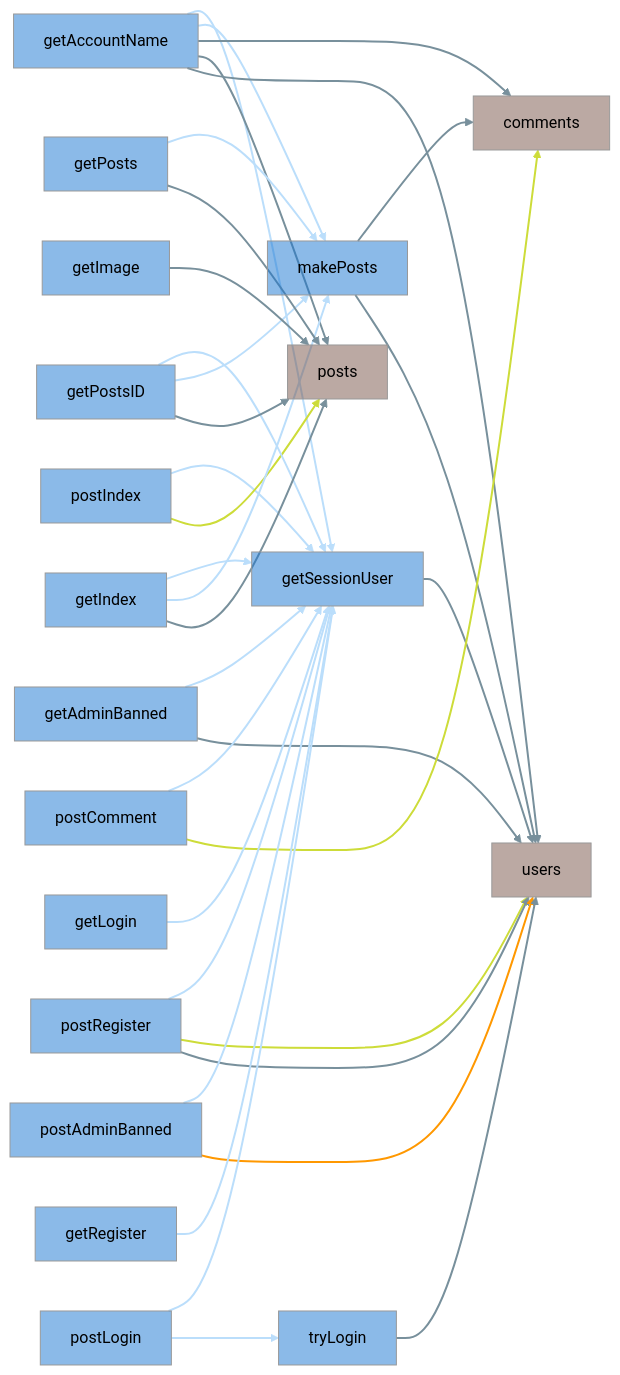
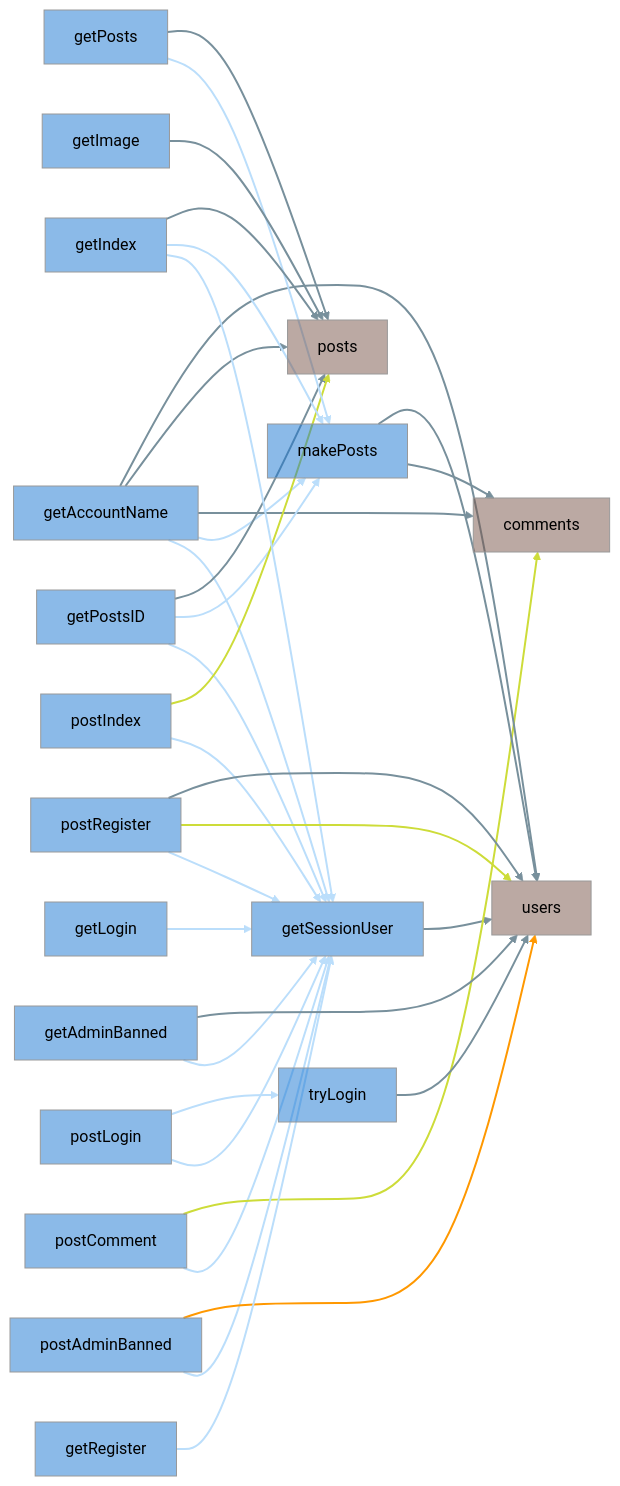
The diagram in docs/sample/dbdoc.md (mazrean/isucrud), drawn with Mermaid (neutral theme) before and after one commit. The commit also changed other lines of this file and 1 other file, not shown here.

Commit message:
色の説明に改行追加

````diff
--- a/docs/sample/dbdoc.md
+++ b/docs/sample/dbdoc.md
@@ -4,42 +5,42 @@
 ```mermaid
 graph LR
   classDef table fill:#795548,fill-opacity:0.5
   classDef func fill:#1976D2,fill-opacity:0.5
-  func:github.com/catatsuy/private-isu/webapp/golang.makePosts[makePosts]:::func --> table:comments[comments]:::table
-  func:github.com/catatsuy/private-isu/webapp/golang.makePosts[makePosts]:::func --> table:users[users]:::table
+  func:github.com/catatsuy/private-isu/webapp/golang.getSessionUser[getSessionUser]:::func --> table:users[users]:::table
+  func:github.com/catatsuy/private-isu/webapp/golang.postComment[postComment]:::func --> func:github.com/catatsuy/private-isu/webapp/golang.getSessionUser[getSessionUser]:::func
+  func:github.com/catatsuy/private-isu/webapp/golang.postComment[postComment]:::func --> table:comments[comments]:::table
   func:github.com/catatsuy/private-isu/webapp/golang.getAccountName[getAccountName]:::func --> func:github.com/catatsuy/private-isu/webapp/golang.getSessionUser[getSessionUser]:::func
   func:github.com/catatsuy/private-isu/webapp/golang.getAccountName[getAccountName]:::func --> func:github.com/catatsuy/private-isu/webapp/golang.makePosts[makePosts]:::func
   func:github.com/catatsuy/private-isu/webapp/golang.getAccountName[getAccountName]:::func --> table:comments[comments]:::table
   func:github.com/catatsuy/private-isu/webapp/golang.getAccountName[getAccountName]:::func --> table:posts[posts]:::table
   func:github.com/catatsuy/private-isu/webapp/golang.getAccountName[getAccountName]:::func --> table:users[users]:::table
-  func:github.com/catatsuy/private-isu/webapp/golang.getAdminBanned[getAdminBanned]:::func --> func:github.com/catatsuy/private-isu/webapp/golang.getSessionUser[getSessionUser]:::func
-  func:github.com/catatsuy/private-isu/webapp/golang.getAdminBanned[getAdminBanned]:::func --> table:users[users]:::table
-  func:github.com/catatsuy/private-isu/webapp/golang.getSessionUser[getSessionUser]:::func --> table:users[users]:::table
-  func:github.com/catatsuy/private-isu/webapp/golang.postIndex[postIndex]:::func --> func:github.com/catatsuy/private-isu/webapp/golang.getSessionUser[getSessionUser]:::func
-  func:github.com/catatsuy/private-isu/webapp/golang.postIndex[postIndex]:::func --> table:posts[posts]:::table
   func:github.com/catatsuy/private-isu/webapp/golang.getPostsID[getPostsID]:::func --> func:github.com/catatsuy/private-isu/webapp/golang.getSessionUser[getSessionUser]:::func
   func:github.com/catatsuy/private-isu/webapp/golang.getPostsID[getPostsID]:::func --> func:github.com/catatsuy/private-isu/webapp/golang.makePosts[makePosts]:::func
   func:github.com/catatsuy/private-isu/webapp/golang.getPostsID[getPostsID]:::func --> table:posts[posts]:::table
-  func:github.com/catatsuy/private-isu/webapp/golang.postComment[postComment]:::func --> func:github.com/catatsuy/private-isu/webapp/golang.getSessionUser[getSessionUser]:::func
-  func:github.com/catatsuy/private-isu/webapp/golang.postComment[postComment]:::func --> table:comments[comments]:::table
+  func:github.com/catatsuy/private-isu/webapp/golang.postAdminBanned[postAdminBanned]:::func --> func:github.com/catatsuy/private-isu/webapp/golang.getSessionUser[getSessionUser]:::func
+  func:github.com/catatsuy/private-isu/webapp/golang.postAdminBanned[postAdminBanned]:::func --> table:users[users]:::table
+  func:github.com/catatsuy/private-isu/webapp/golang.postLogin[postLogin]:::func --> func:github.com/catatsuy/private-isu/webapp/golang.getSessionUser[getSessionUser]:::func
+  func:github.com/catatsuy/private-isu/webapp/golang.postLogin[postLogin]:::func --> func:github.com/catatsuy/private-isu/webapp/golang.tryLogin[tryLogin]:::func
+  func:github.com/catatsuy/private-isu/webapp/golang.getRegister[getRegister]:::func --> func:github.com/catatsuy/private-isu/webapp/golang.getSessionUser[getSessionUser]:::func
+  func:github.com/catatsuy/private-isu/webapp/golang.postIndex[postIndex]:::func --> func:github.com/catatsuy/private-isu/webapp/golang.getSessionUser[getSessionUser]:::func
+  func:github.com/catatsuy/private-isu/webapp/golang.postIndex[postIndex]:::func --> table:posts[posts]:::table
+  func:github.com/catatsuy/private-isu/webapp/golang.getPosts[getPosts]:::func --> func:github.com/catatsuy/private-isu/webapp/golang.makePosts[makePosts]:::func
+  func:github.com/catatsuy/private-isu/webapp/golang.getPosts[getPosts]:::func --> table:posts[posts]:::table
+  func:github.com/catatsuy/private-isu/webapp/golang.getAdminBanned[getAdminBanned]:::func --> func:github.com/catatsuy/private-isu/webapp/golang.getSessionUser[getSessionUser]:::func
+  func:github.com/catatsuy/private-isu/webapp/golang.getAdminBanned[getAdminBanned]:::func --> table:users[users]:::table
+  func:github.com/catatsuy/private-isu/webapp/golang.getIndex[getIndex]:::func --> func:github.com/catatsuy/private-isu/webapp/golang.getSessionUser[getSessionUser]:::func
+  func:github.com/catatsuy/private-isu/webapp/golang.getIndex[getIndex]:::func --> func:github.com/catatsuy/private-isu/webapp/golang.makePosts[makePosts]:::func
+  func:github.com/catatsuy/private-isu/webapp/golang.getIndex[getIndex]:::func --> table:posts[posts]:::table
   func:github.com/catatsuy/private-isu/webapp/golang.postRegister[postRegister]:::func --> func:github.com/catatsuy/private-isu/webapp/golang.getSessionUser[getSessionUser]:::func
   func:github.com/catatsuy/private-isu/webapp/golang.postRegister[postRegister]:::func --> table:users[users]:::table
   func:github.com/catatsuy/private-isu/webapp/golang.postRegister[postRegister]:::func --> table:users[users]:::table
-  func:github.com/catatsuy/private-isu/webapp/golang.postAdminBanned[postAdminBanned]:::func --> func:github.com/catatsuy/private-isu/webapp/golang.getSessionUser[getSessionUser]:::func
-  func:github.com/catatsuy/private-isu/webapp/golang.postAdminBanned[postAdminBanned]:::func --> table:users[users]:::table
+  func:github.com/catatsuy/private-isu/webapp/golang.getImage[getImage]:::func --> table:posts[posts]:::table
+  func:github.com/catatsuy/private-isu/webapp/golang.tryLogin[tryLogin]:::func --> table:users[users]:::table
   func:github.com/catatsuy/private-isu/webapp/golang.getLogin[getLogin]:::func --> func:github.com/catatsuy/private-isu/webapp/golang.getSessionUser[getSessionUser]:::func
-  func:github.com/catatsuy/private-isu/webapp/golang.getImage[getImage]:::func --> table:posts[posts]:::table
-  func:github.com/catatsuy/private-isu/webapp/golang.getIndex[getIndex]:::func --> func:github.com/catatsuy/private-isu/webapp/golang.getSessionUser[getSessionUser]:::func
-  func:github.com/catatsuy/private-isu/webapp/golang.getIndex[getIndex]:::func --> func:github.com/catatsuy/private-isu/webapp/golang.makePosts[makePosts]:::func
-  func:github.com/catatsuy/private-isu/webapp/golang.getIndex[getIndex]:::func --> table:posts[posts]:::table
-  func:github.com/catatsuy/private-isu/webapp/golang.postLogin[postLogin]:::func --> func:github.com/catatsuy/private-isu/webapp/golang.getSessionUser[getSessionUser]:::func
-  func:github.com/catatsuy/private-isu/webapp/golang.postLogin[postLogin]:::func --> func:github.com/catatsuy/private-isu/webapp/golang.tryLogin[tryLogin]:::func
-  func:github.com/catatsuy/private-isu/webapp/golang.getRegister[getRegister]:::func --> func:github.com/catatsuy/private-isu/webapp/golang.getSessionUser[getSessionUser]:::func
-  func:github.com/catatsuy/private-isu/webapp/golang.tryLogin[tryLogin]:::func --> table:users[users]:::table
-  func:github.com/catatsuy/private-isu/webapp/golang.getPosts[getPosts]:::func --> func:github.com/catatsuy/private-isu/webapp/golang.makePosts[makePosts]:::func
-  func:github.com/catatsuy/private-isu/webapp/golang.getPosts[getPosts]:::func --> table:posts[posts]:::table
-  linkStyle 0,1,4,5,6,8,9,14,19,23,26,30,32 stroke:#78909C,stroke-width:2px
-  linkStyle 2,3,7,10,12,13,15,17,20,22,24,25,27,28,29,31 stroke:#BBDEFB,stroke-width:2px
-  linkStyle 11,16,18 stroke:#CDDC39,stroke-width:2px
-  linkStyle 21 stroke:#FF9800,stroke-width:2px
+  func:github.com/catatsuy/private-isu/webapp/golang.makePosts[makePosts]:::func --> table:comments[comments]:::table
+  func:github.com/catatsuy/private-isu/webapp/golang.makePosts[makePosts]:::func --> table:users[users]:::table
+  linkStyle 2,17,26 stroke:#CDDC39,stroke-width:2px
+  linkStyle 12 stroke:#FF9800,stroke-width:2px
+  linkStyle 0,5,6,7,10,19,21,24,27,28,29,31,32 stroke:#78909C,stroke-width:2px
+  linkStyle 1,3,4,8,9,11,13,14,15,16,18,20,22,23,25,30 stroke:#BBDEFB,stroke-width:2px
 ```
````
